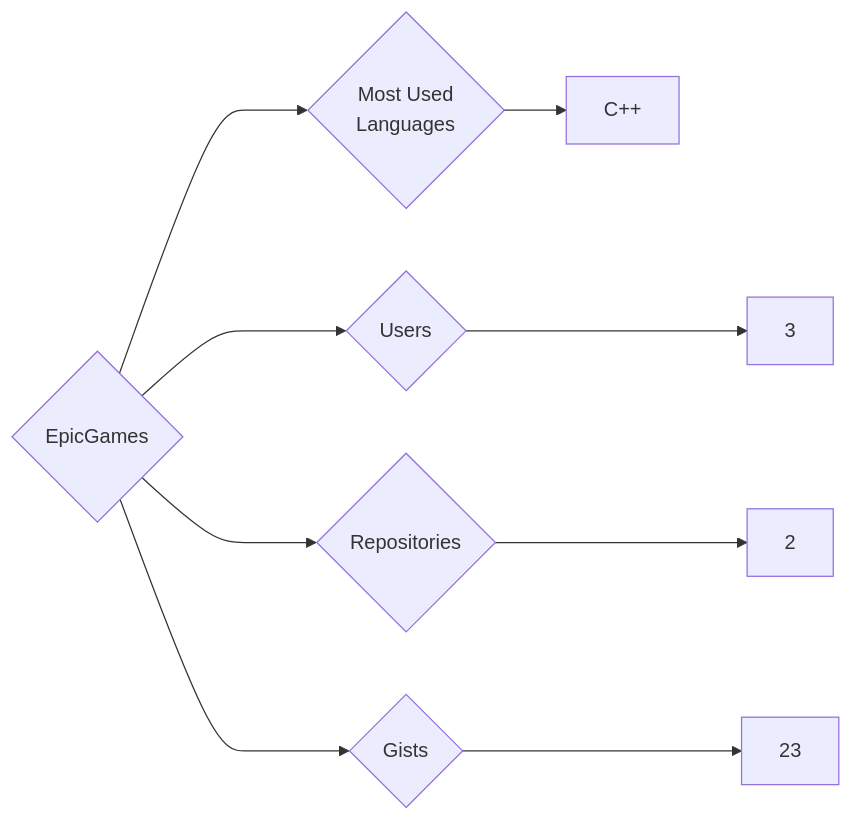
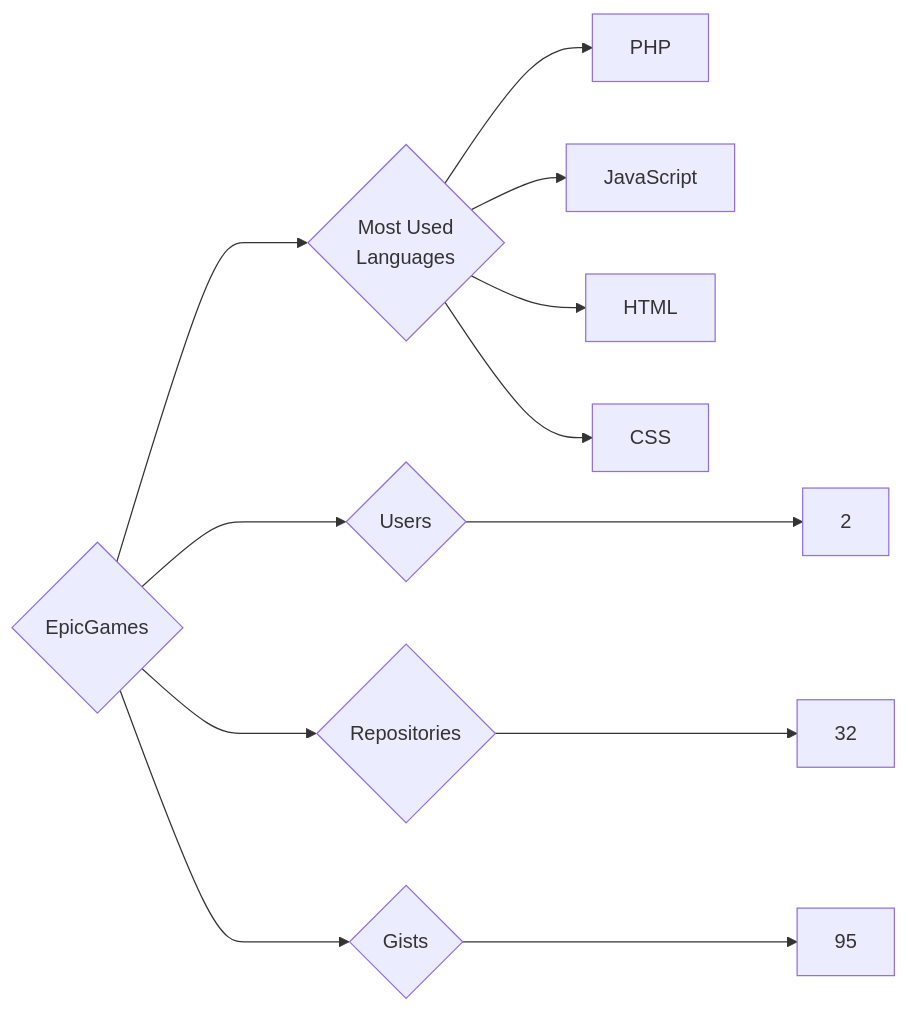
The diagram in targets/EpicGames/README.md (trickest/insiders), drawn with Mermaid before and after one commit. The commit also changed 724 other files, not shown here.

````diff
--- a/targets/EpicGames/README.md
+++ b/targets/EpicGames/README.md
@@ -3,9 +3,12 @@
 ```mermaid
 graph LR
 COMPANY_NAME{EpicGames}
-COMPANY_NAME ---> U{Users} ---> UN[3]
-COMPANY_NAME ---> R{Repositories} ---> RN[2]
-COMPANY_NAME ---> G{Gists} ---> GN[23]
+COMPANY_NAME ---> U{Users} ---> UN[2]
+COMPANY_NAME ---> R{Repositories} ---> RN[32]
+COMPANY_NAME ---> G{Gists} ---> GN[95]
 COMPANY_NAME ---> ML{Most Used<br>Languages}
-ML --> C++[C++]
+ML --> PHP[PHP]
+ML --> JavaScript[JavaScript]
+ML --> HTML[HTML]
+ML --> CSS[CSS]
 ```
````
